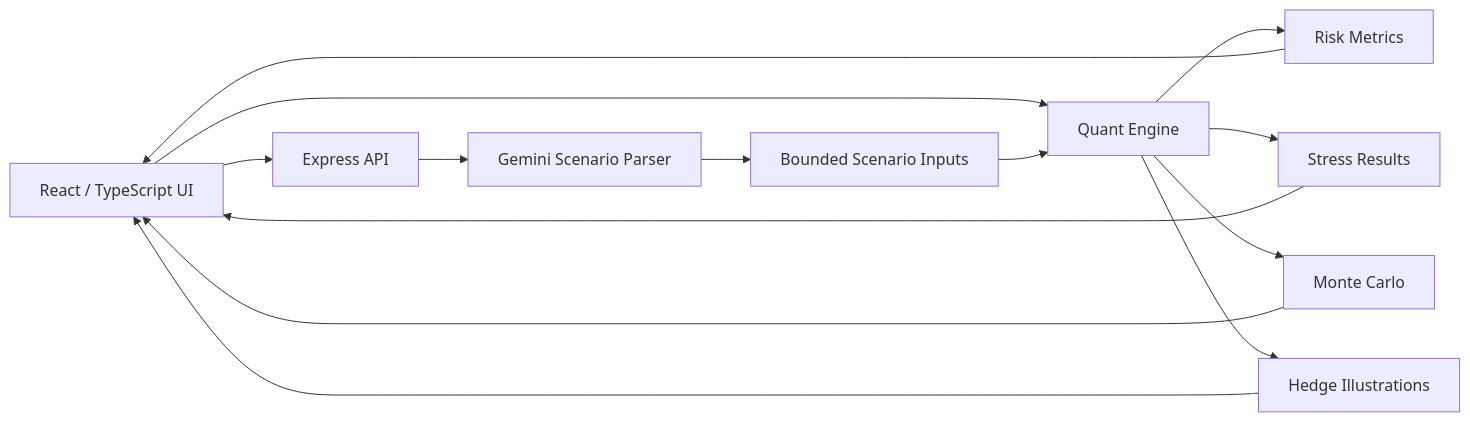
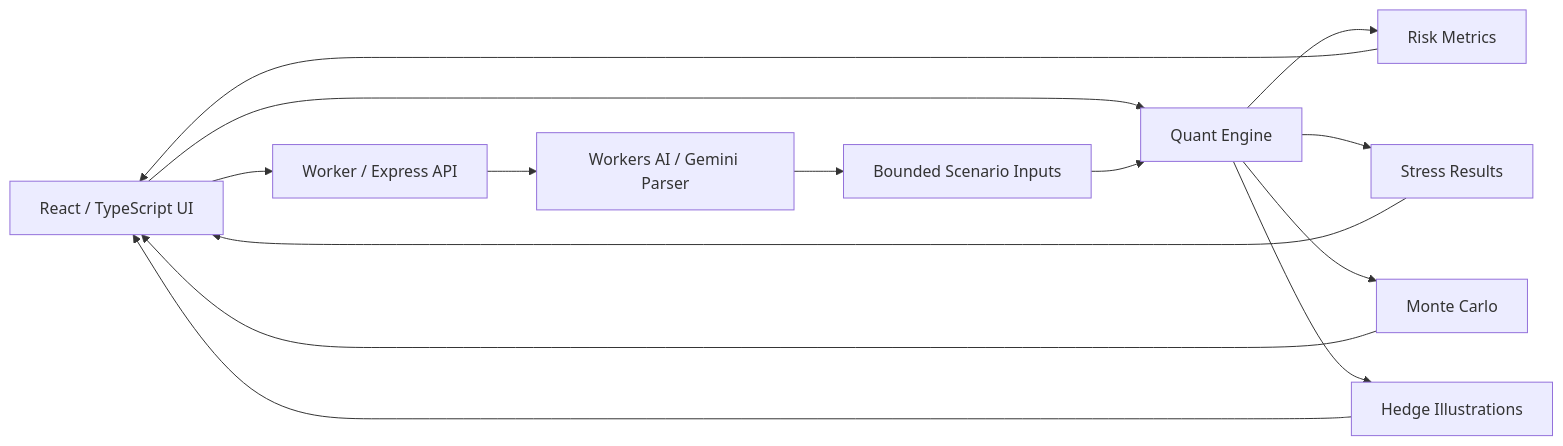
Before and after one commit to randeepgupta/risklab: the diagram in README.md, drawn with Mermaid. The commit also changed other lines of this file and 9 other files, not shown here.

````diff
--- a/README.md
+++ b/README.md
@@ -47,16 +47,16 @@
 ```mermaid
 flowchart LR
-    UI[React / TypeScript UI] --> API[Express API]
+    UI[React / TypeScript UI] --> API[Worker / Express API]
     UI --> QE[Quant Engine]
-    API --> AI[Gemini Scenario Parser]
+    API --> AI[Workers AI / Gemini Parser]
     AI --> B[Bounded Scenario Inputs]
     B --> QE
     QE --> R[Risk Metrics]
     QE --> S[Stress Results]
     QE --> M[Monte Carlo]
     QE --> H[Hedge Illustrations]
     R --> UI
     S --> UI
     M --> UI
     H --> UI
 ```
````
